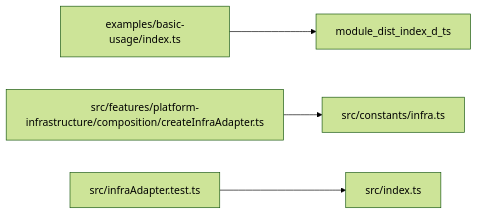
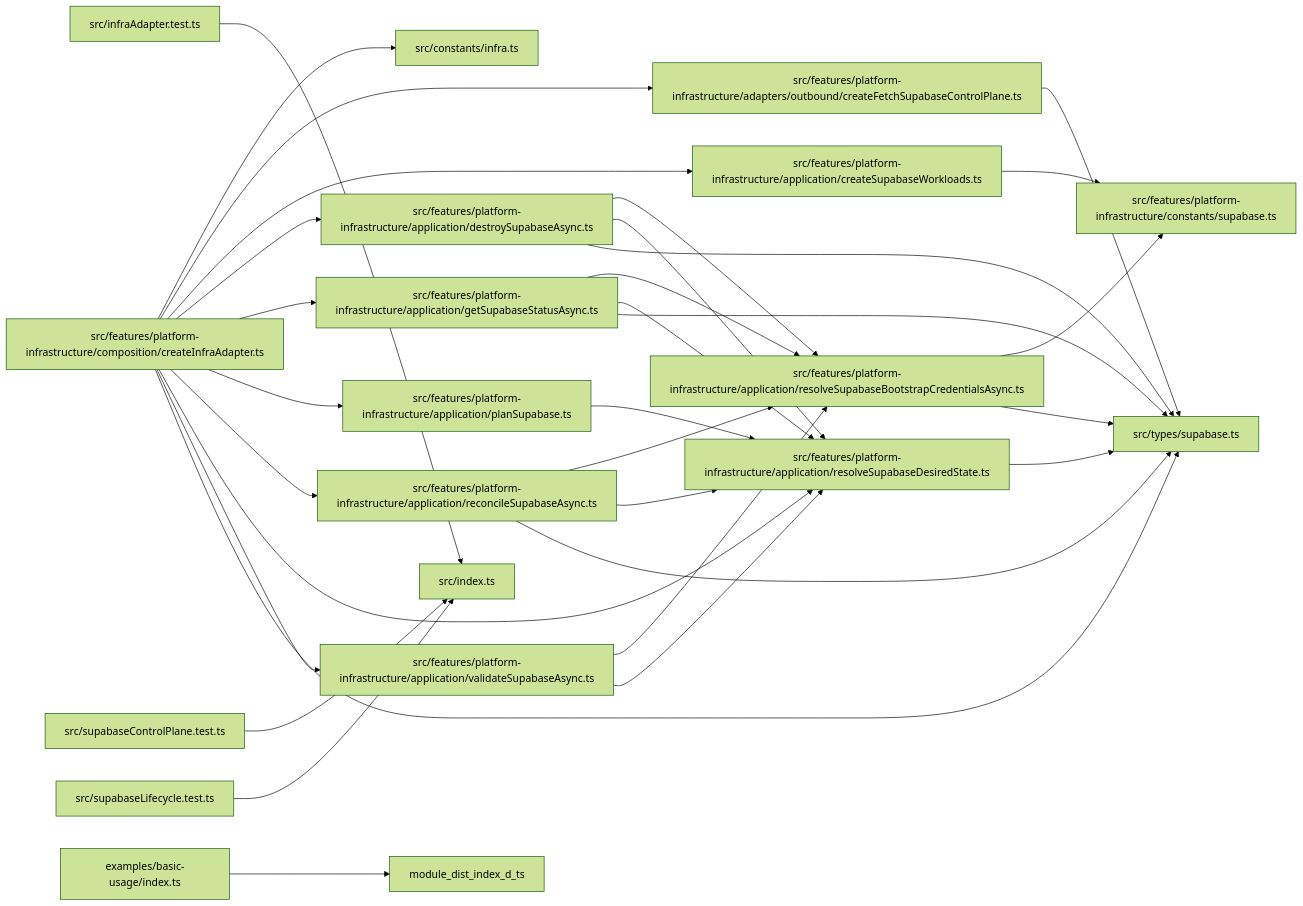
Before and after one commit to ankhorage/supabase: the diagram in paradox/diagrams/module-relationships.mmd, drawn with Mermaid (forest theme). The commit also changed 28 other files, not shown here.

Commit message:
feat: implement Supabase platform lifecycle (#2)

```diff
--- a/paradox/diagrams/module-relationships.mmd
+++ b/paradox/diagrams/module-relationships.mmd
@@ -1,9 +1,50 @@
 graph LR
   module_examples_basic_usage_index_ts["examples/basic-usage/index.ts"]
   module_src_constants_infra_ts["src/constants/infra.ts"]
+  module_src_features_platform_infrastructure_adapters_outbound_createFetchSupabaseControlPlane_ts["src/features/platform-infrastructure/adapters/outbound/createFetchSupabaseControlPlane.ts"]
+  module_src_features_platform_infrastructure_application_createSupabaseWorkloads_ts["src/features/platform-infrastructure/application/createSupabaseWorkloads.ts"]
+  module_src_features_platform_infrastructure_application_destroySupabaseAsync_ts["src/features/platform-infrastructure/application/destroySupabaseAsync.ts"]
+  module_src_features_platform_infrastructure_application_getSupabaseStatusAsync_ts["src/features/platform-infrastructure/application/getSupabaseStatusAsync.ts"]
+  module_src_features_platform_infrastructure_application_planSupabase_ts["src/features/platform-infrastructure/application/planSupabase.ts"]
+  module_src_features_platform_infrastructure_application_reconcileSupabaseAsync_ts["src/features/platform-infrastructure/application/reconcileSupabaseAsync.ts"]
+  module_src_features_platform_infrastructure_application_resolveSupabaseBootstrapCredentialsAsync_ts["src/features/platform-infrastructure/application/resolveSupabaseBootstrapCredentialsAsync.ts"]
+  module_src_features_platform_infrastructure_application_resolveSupabaseDesiredState_ts["src/features/platform-infrastructure/application/resolveSupabaseDesiredState.ts"]
+  module_src_features_platform_infrastructure_application_validateSupabaseAsync_ts["src/features/platform-infrastructure/application/validateSupabaseAsync.ts"]
   module_src_features_platform_infrastructure_composition_createInfraAdapter_ts["src/features/platform-infrastructure/composition/createInfraAdapter.ts"]
+  module_src_features_platform_infrastructure_constants_supabase_ts["src/features/platform-infrastructure/constants/supabase.ts"]
   module_src_index_ts["src/index.ts"]
   module_src_infraAdapter_test_ts["src/infraAdapter.test.ts"]
+  module_src_supabaseControlPlane_test_ts["src/supabaseControlPlane.test.ts"]
+  module_src_supabaseLifecycle_test_ts["src/supabaseLifecycle.test.ts"]
+  module_src_types_supabase_ts["src/types/supabase.ts"]
   module_examples_basic_usage_index_ts --> module_dist_index_d_ts
+  module_src_features_platform_infrastructure_adapters_outbound_createFetchSupabaseControlPlane_ts --> module_src_types_supabase_ts
+  module_src_features_platform_infrastructure_application_createSupabaseWorkloads_ts --> module_src_features_platform_infrastructure_constants_supabase_ts
+  module_src_features_platform_infrastructure_application_destroySupabaseAsync_ts --> module_src_features_platform_infrastructure_application_resolveSupabaseBootstrapCredentialsAsync_ts
+  module_src_features_platform_infrastructure_application_destroySupabaseAsync_ts --> module_src_features_platform_infrastructure_application_resolveSupabaseDesiredState_ts
+  module_src_features_platform_infrastructure_application_destroySupabaseAsync_ts --> module_src_types_supabase_ts
+  module_src_features_platform_infrastructure_application_getSupabaseStatusAsync_ts --> module_src_features_platform_infrastructure_application_resolveSupabaseBootstrapCredentialsAsync_ts
+  module_src_features_platform_infrastructure_application_getSupabaseStatusAsync_ts --> module_src_features_platform_infrastructure_application_resolveSupabaseDesiredState_ts
+  module_src_features_platform_infrastructure_application_getSupabaseStatusAsync_ts --> module_src_types_supabase_ts
+  module_src_features_platform_infrastructure_application_planSupabase_ts --> module_src_features_platform_infrastructure_application_resolveSupabaseDesiredState_ts
+  module_src_features_platform_infrastructure_application_reconcileSupabaseAsync_ts --> module_src_features_platform_infrastructure_application_resolveSupabaseBootstrapCredentialsAsync_ts
+  module_src_features_platform_infrastructure_application_reconcileSupabaseAsync_ts --> module_src_features_platform_infrastructure_application_resolveSupabaseDesiredState_ts
+  module_src_features_platform_infrastructure_application_reconcileSupabaseAsync_ts --> module_src_types_supabase_ts
+  module_src_features_platform_infrastructure_application_resolveSupabaseBootstrapCredentialsAsync_ts --> module_src_features_platform_infrastructure_constants_supabase_ts
+  module_src_features_platform_infrastructure_application_resolveSupabaseBootstrapCredentialsAsync_ts --> module_src_types_supabase_ts
+  module_src_features_platform_infrastructure_application_resolveSupabaseDesiredState_ts --> module_src_types_supabase_ts
+  module_src_features_platform_infrastructure_application_validateSupabaseAsync_ts --> module_src_features_platform_infrastructure_application_resolveSupabaseBootstrapCredentialsAsync_ts
+  module_src_features_platform_infrastructure_application_validateSupabaseAsync_ts --> module_src_features_platform_infrastructure_application_resolveSupabaseDesiredState_ts
   module_src_features_platform_infrastructure_composition_createInfraAdapter_ts --> module_src_constants_infra_ts
+  module_src_features_platform_infrastructure_composition_createInfraAdapter_ts --> module_src_features_platform_infrastructure_adapters_outbound_createFetchSupabaseControlPlane_ts
+  module_src_features_platform_infrastructure_composition_createInfraAdapter_ts --> module_src_features_platform_infrastructure_application_createSupabaseWorkloads_ts
+  module_src_features_platform_infrastructure_composition_createInfraAdapter_ts --> module_src_features_platform_infrastructure_application_destroySupabaseAsync_ts
+  module_src_features_platform_infrastructure_composition_createInfraAdapter_ts --> module_src_features_platform_infrastructure_application_getSupabaseStatusAsync_ts
+  module_src_features_platform_infrastructure_composition_createInfraAdapter_ts --> module_src_features_platform_infrastructure_application_planSupabase_ts
+  module_src_features_platform_infrastructure_composition_createInfraAdapter_ts --> module_src_features_platform_infrastructure_application_reconcileSupabaseAsync_ts
+  module_src_features_platform_infrastructure_composition_createInfraAdapter_ts --> module_src_features_platform_infrastructure_application_resolveSupabaseDesiredState_ts
+  module_src_features_platform_infrastructure_composition_createInfraAdapter_ts --> module_src_features_platform_infrastructure_application_validateSupabaseAsync_ts
+  module_src_features_platform_infrastructure_composition_createInfraAdapter_ts --> module_src_types_supabase_ts
   module_src_infraAdapter_test_ts --> module_src_index_ts
+  module_src_supabaseControlPlane_test_ts --> module_src_index_ts
+  module_src_supabaseLifecycle_test_ts --> module_src_index_ts
```
